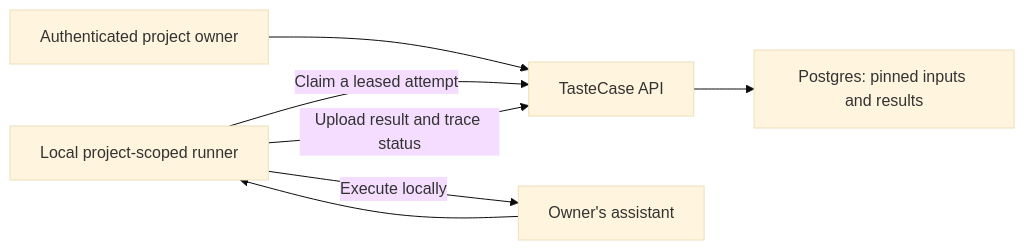
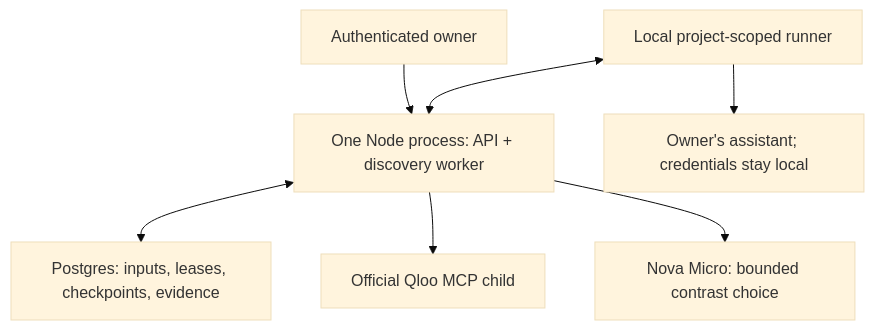
Before and after one commit to CryptoZephyr/tastecase: the second of 2 diagrams in README.md, drawn with Mermaid (base theme). The commit also changed other lines of this file and 40 other files, not shown here.

Commit message:
Add recoverable Qloo-guided discovery

````diff
--- a/README.md
+++ b/README.md
@@ -15,9 +59,9 @@
 ```mermaid
-flowchart LR
-  Owner["Authenticated project owner"] --> API["TasteCase API"]
-  API --> DB["Postgres: pinned inputs and results"]
-  Runner["Local project-scoped runner"] -->|"Claim a leased attempt"| API
-  Runner -->|"Execute locally"| Target["Owner's assistant"]
-  Target --> Runner
-  Runner -->|"Upload result and trace status"| API
+flowchart TB
+  Owner["Authenticated owner"] --> Backend["One Node process: API + discovery worker"]
+  Backend <--> DB["Postgres: inputs, leases, checkpoints, evidence"]
+  Backend --> MCP["Official Qloo MCP child"]
+  Backend --> Nova["Nova Micro: bounded contrast choice"]
+  Runner["Local project-scoped runner"] <--> Backend
+  Runner --> Target["Owner's assistant; credentials stay local"]
 ```
````
